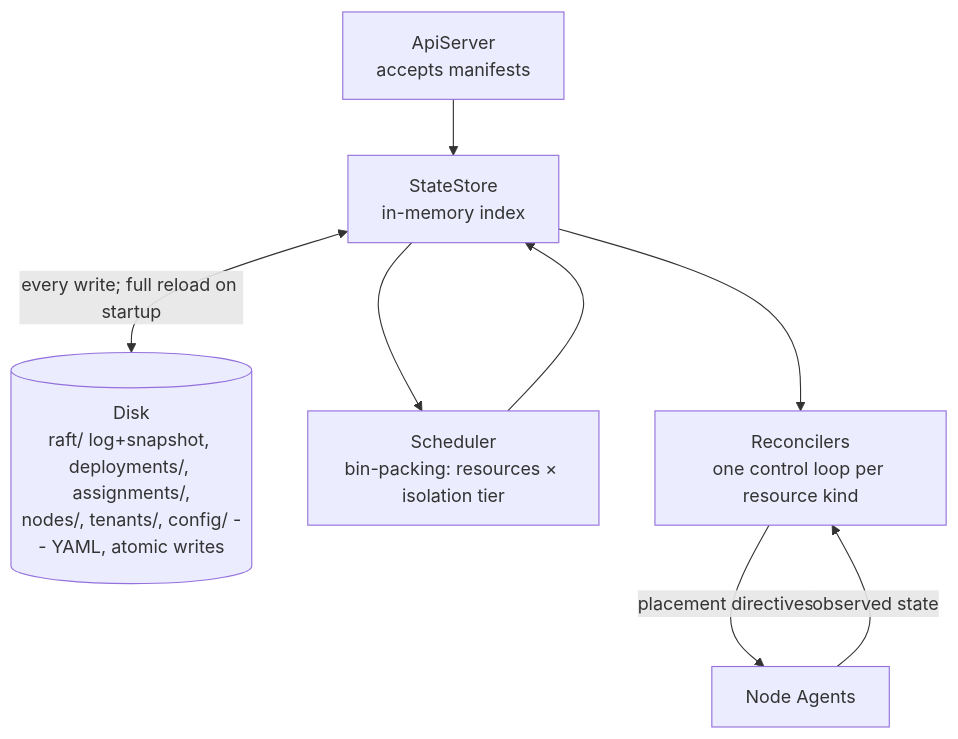
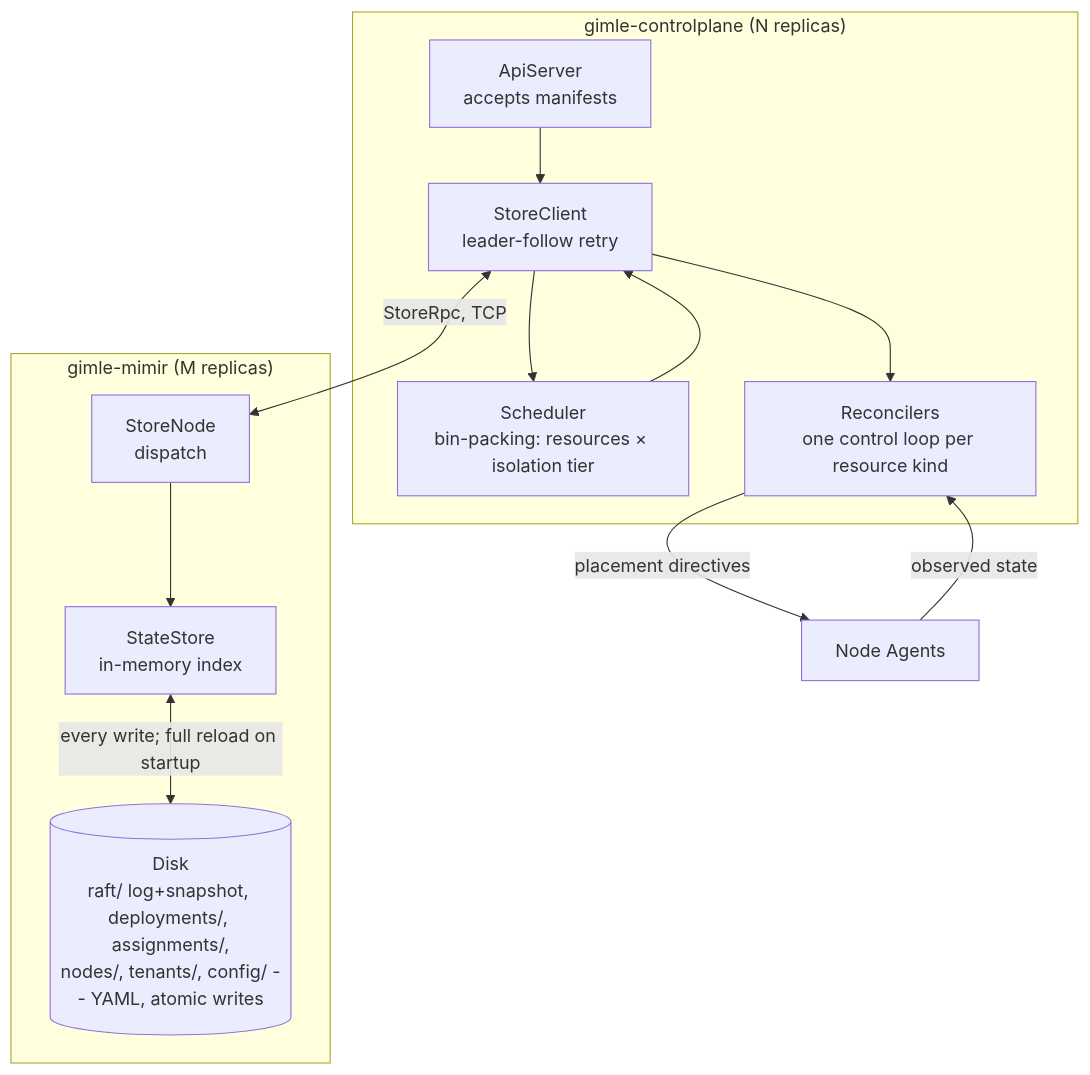
Before and after one commit to ghiloufibg/gimle: the diagram in gimle-docs/docs/architecture/control-plane.md, drawn with Mermaid. The commit also changed other lines of this file and 133 other files, not shown here.

First line of the commit message:
feat(mimir,controlplane): extract Raft-replicated store into gimle-mimir

````diff
--- a/gimle-docs/docs/architecture/control-plane.md
+++ b/gimle-docs/docs/architecture/control-plane.md
@@ -11,15 +16,23 @@
 ```mermaid
 graph TD
-    Api["ApiServer<br/>accepts manifests"]
-    Store["StateStore<br/>in-memory index"]
-    Disk[("Disk<br/>raft/ log+snapshot, deployments/, assignments/,<br/>nodes/, tenants/, config/ -- YAML, atomic writes")]
-    Sched["Scheduler<br/>bin-packing: resources × isolation tier"]
-    Recon["Reconcilers<br/>one control loop per resource kind"]
-    Api --> Store
-    Store <-->|every write; full reload on startup| Disk
-    Store --> Sched
-    Sched --> Store
-    Store --> Recon
+    subgraph CP["gimle-controlplane (N replicas)"]
+        Api["ApiServer<br/>accepts manifests"]
+        Client["StoreClient<br/>leader-follow retry"]
+        Sched["Scheduler<br/>bin-packing: resources × isolation tier"]
+        Recon["Reconcilers<br/>one control loop per resource kind"]
+        Api --> Client
+        Client --> Sched
+        Sched --> Client
+        Client --> Recon
+    end
+    subgraph Mimir["gimle-mimir (M replicas)"]
+        Node["StoreNode<br/>dispatch"]
+        Store["StateStore<br/>in-memory index"]
+        Disk[("Disk<br/>raft/ log+snapshot, deployments/, assignments/,<br/>nodes/, tenants/, config/ -- YAML, atomic writes")]
+        Node --> Store
+        Store <-->|every write; full reload on startup| Disk
+    end
+    Client <-->|StoreRpc, TCP| Node
     Recon -->|placement directives| Agents["Node Agents"]
     Agents -->|observed state| Recon
 ```
````
